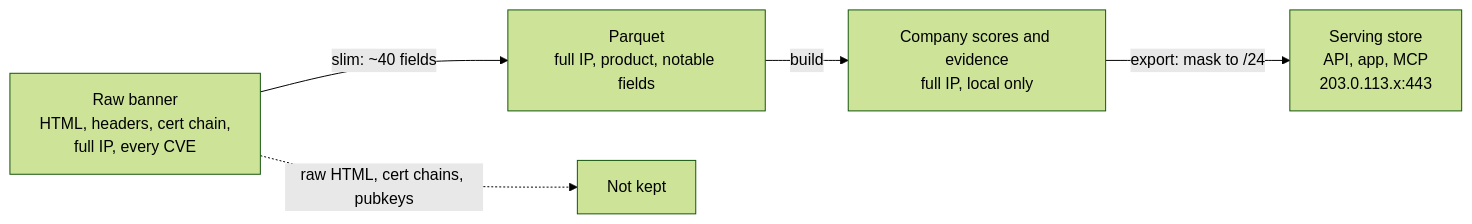
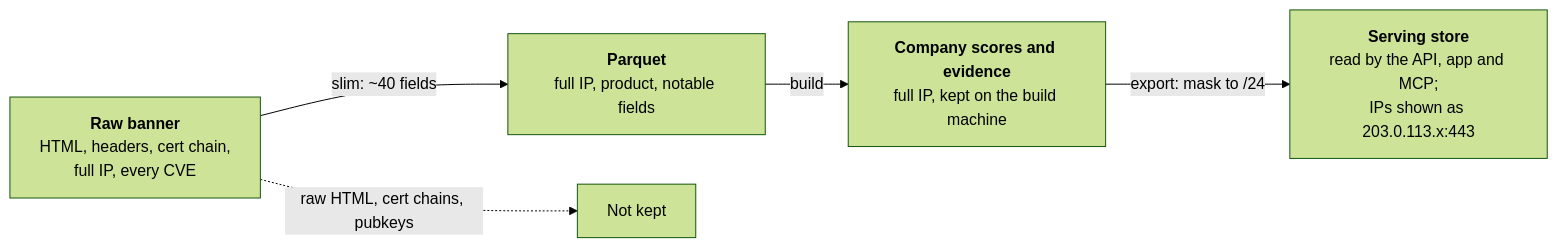
The fifth of 6 diagrams in docs/architecture.md (SahilChoudhary22/recon-sales-intelligence), drawn with Mermaid (forest theme) before and after one commit. The commit also changed other lines of this file and 11 other files, not shown here.

First line of the commit message:
README: walkthrough video and screen gallery; diagrams name each step and show production volume

````diff
--- a/docs/architecture.md
+++ b/docs/architecture.md
@@ -136,7 +140,7 @@
 ```mermaid
 flowchart LR
-  R["Raw banner<br/>HTML, headers, cert chain,<br/>full IP, every CVE"] -->|"slim: ~40 fields"| PQ["Parquet<br/>full IP, product, notable fields"]
-  PQ -->|"build"| AC["Company scores and evidence<br/>full IP, local only"]
-  AC -->|"export: mask to /24"| PUB["Serving store<br/>API, app, MCP<br/>203.0.113.x:443"]
+  R["<b>Raw banner</b><br/>HTML, headers, cert chain,<br/>full IP, every CVE"] -->|"slim: ~40 fields"| PQ["<b>Parquet</b><br/>full IP, product, notable fields"]
+  PQ -->|"build"| AC["<b>Company scores and evidence</b><br/>full IP, kept on the build machine"]
+  AC -->|"export: mask to /24"| PUB["<b>Serving store</b><br/>read by the API, app and MCP;<br/>IPs shown as 203.0.113.x:443"]
   R -.->|"raw HTML, cert chains, pubkeys"| DROP["Not kept"]
 ```
````
